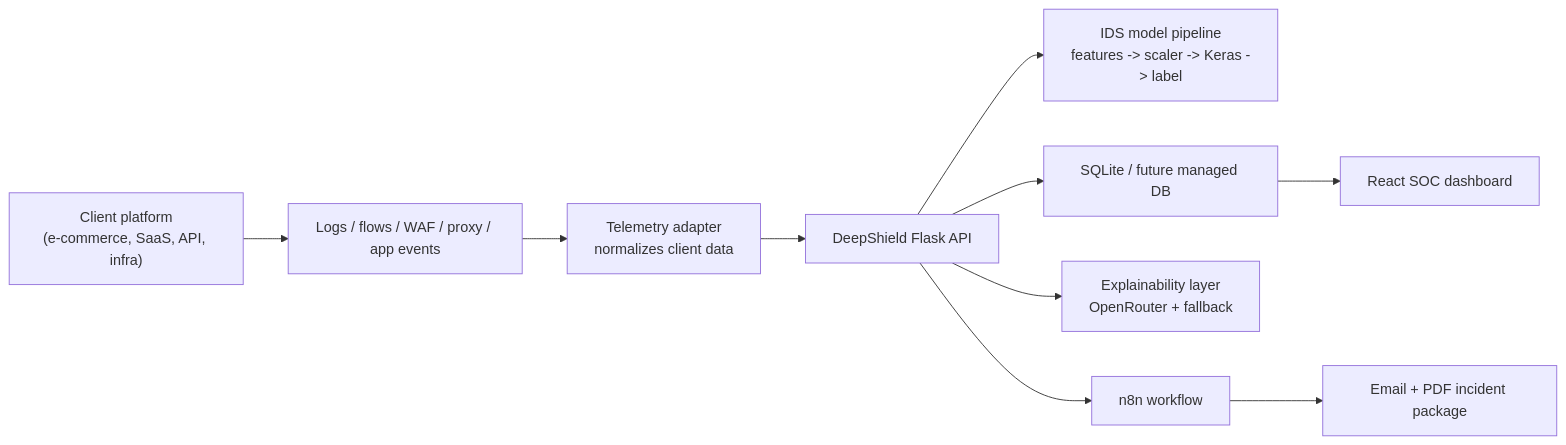
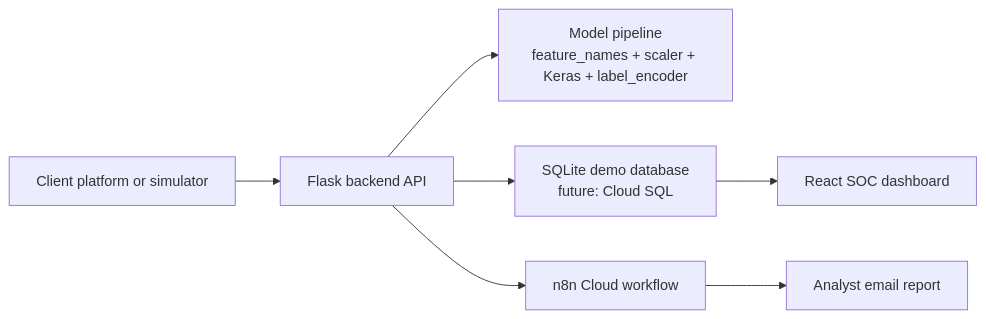
One commit to MahdiGH10/DeepSheild-IDS changed the diagram in README.md. Above: the diagram before and after it, drawn with Mermaid. The commit also changed other lines of this file and 16 other files, not shown here.

````diff
--- a/README.md
+++ b/README.md
@@ -21,23 +31,17 @@
 ```mermaid
 flowchart LR
-  ClientPlatform["Client platform\n(e-commerce, SaaS, API, infra)"]
-  Logs["Logs / flows / WAF / proxy / app events"]
-  Adapter["Telemetry adapter\nnormalizes client data"]
-  API["DeepShield Flask API"]
-  Model["IDS model pipeline\nfeatures -> scaler -> Keras -> label"]
-  DB["SQLite / future managed DB"]
+  Client["Client platform or simulator"]
+  API["Flask backend API"]
+  Model["Model pipeline\nfeature_names + scaler + Keras + label_encoder"]
+  DB["SQLite demo database\nfuture: Cloud SQL"]
   UI["React SOC dashboard"]
-  LLM["Explainability layer\nOpenRouter + fallback"]
-  N8N["n8n workflow"]
-  Email["Email + PDF incident package"]
+  N8N["n8n Cloud workflow"]
+  Email["Analyst email report"]
 
-  ClientPlatform --> Logs
-  Logs --> Adapter
-  Adapter --> API
+  Client --> API
   API --> Model
   API --> DB
   DB --> UI
-  API --> LLM
   API --> N8N
   N8N --> Email
 ```
````
